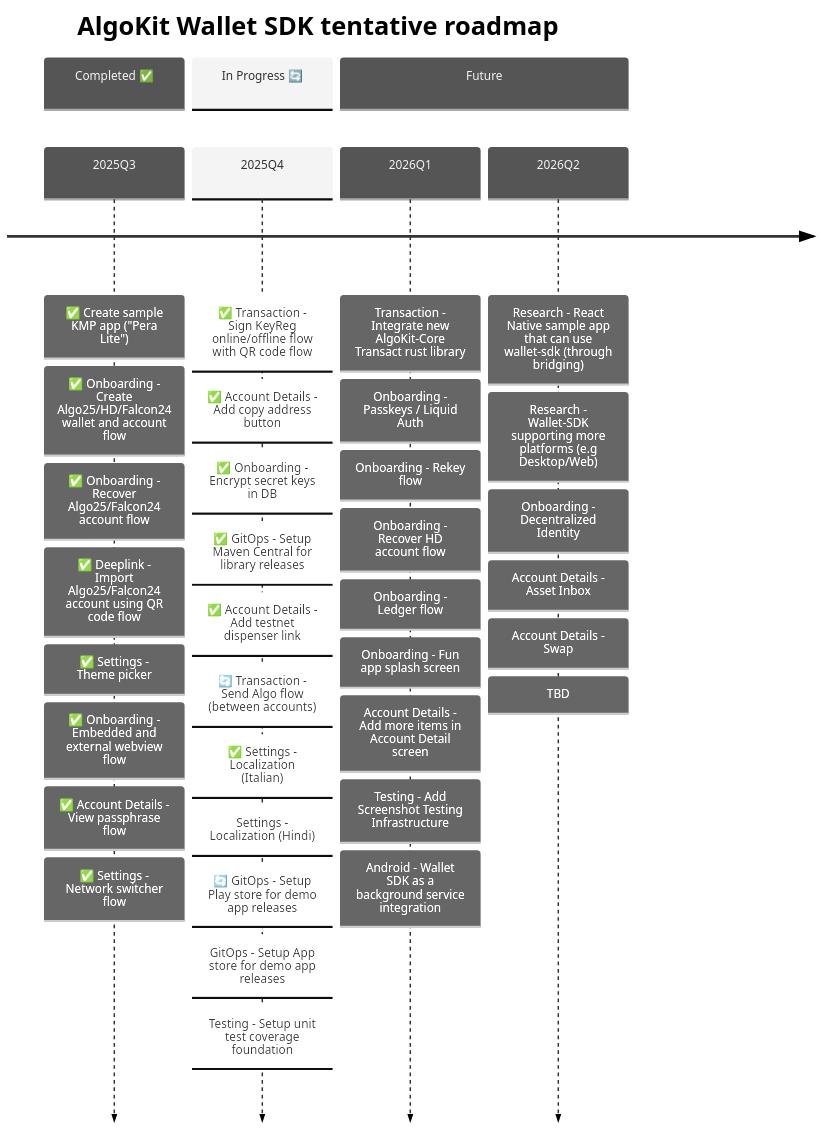
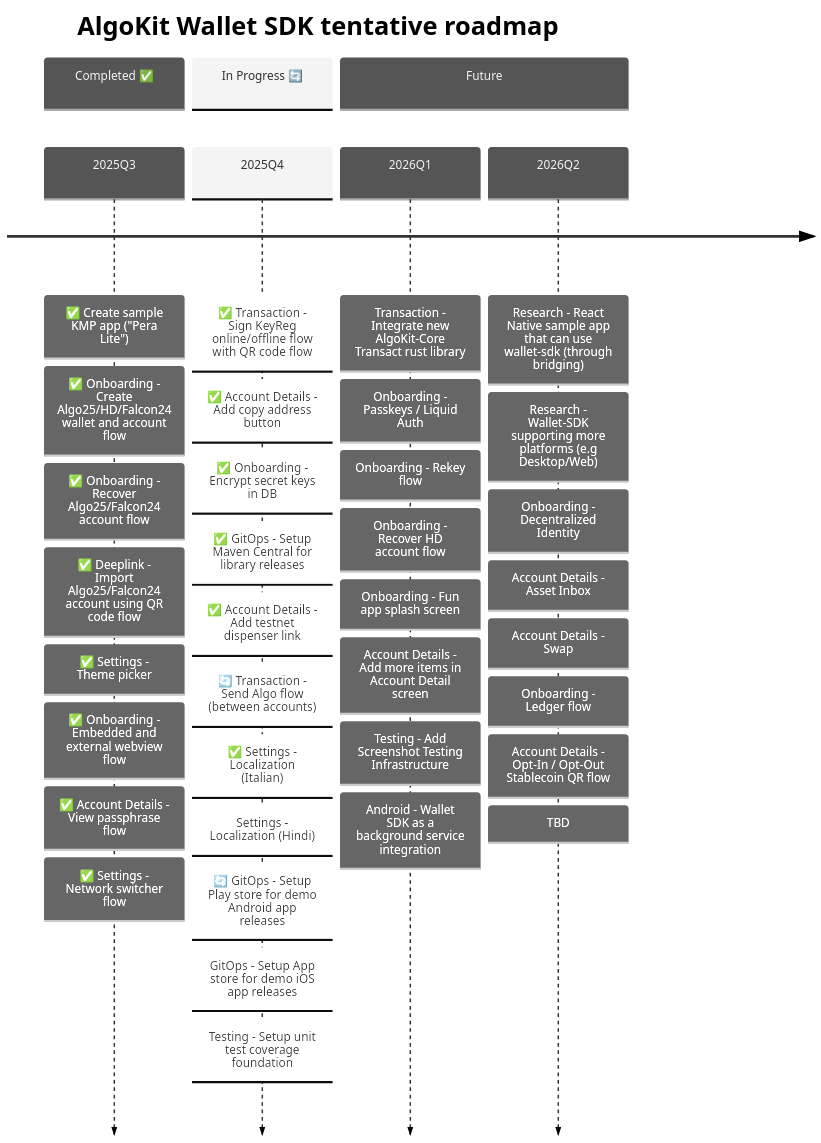
Before and after one commit to michaeltchuang/algokit-walletsdk-kmp: the second of 3 diagrams in README.md, drawn with Mermaid. The commit also changed other lines of this file and 2 other files, not shown here.

````diff
--- a/README.md
+++ b/README.md
@@ -52,48 +67,49 @@
 ```mermaid
 ---
 config:
   theme: 'neutral'
 ---
 timeline
     title AlgoKit Wallet SDK tentative roadmap
 
     section Completed ✅
     2025Q3  : ✅ Create sample KMP app ("Pera Lite")
             : ✅ Onboarding - Create Algo25/HD/Falcon24 wallet and account flow
             : ✅ Onboarding - Recover Algo25/Falcon24 account flow
             : ✅ Deeplink - Import Algo25/Falcon24 account using QR code flow
             : ✅ Settings - Theme picker
             : ✅ Onboarding - Embedded and external webview flow
             : ✅ Account Details - View passphrase flow
             : ✅ Settings - Network switcher flow
 
     section In Progress 🔄
     2025Q4  : ✅ Transaction - Sign KeyReg online/offline flow with QR code flow
             : ✅ Account Details - Add copy address button
             : ✅ Onboarding - Encrypt secret keys in DB
             : ✅ GitOps - Setup Maven Central for library releases
             : ✅ Account Details - Add testnet dispenser link
             : 🔄 Transaction - Send Algo flow (between accounts)
             : ✅ Settings - Localization (Italian)
             : Settings - Localization (Hindi)
-            : 🔄 GitOps - Setup Play store for demo app releases
-            : GitOps - Setup App store for demo app releases
+            : 🔄 GitOps - Setup Play store for demo Android app releases
+            : GitOps - Setup App store for demo iOS app releases
             : Testing - Setup unit test coverage foundation
 
     section Future
     2026Q1  : Transaction - Integrate new AlgoKit-Core Transact rust library
             : Onboarding - Passkeys / Liquid Auth
             : Onboarding - Rekey flow
             : Onboarding - Recover HD account flow
-            : Onboarding - Ledger flow
             : Onboarding - Fun app splash screen
             : Account Details - Add more items in Account Detail screen
             : Testing - Add Screenshot Testing Infrastructure
             : Android - Wallet SDK as a background service integration
     2026Q2  : Research - React Native sample app that can use wallet-sdk (through bridging)
             : Research - Wallet-SDK supporting more platforms (e.g Desktop/Web)
             : Onboarding - Decentralized Identity
             : Account Details - Asset Inbox
             : Account Details - Swap
+            : Onboarding - Ledger flow
+            : Account Details - Opt-In / Opt-Out Stablecoin QR flow
             : TBD
 ```
````
